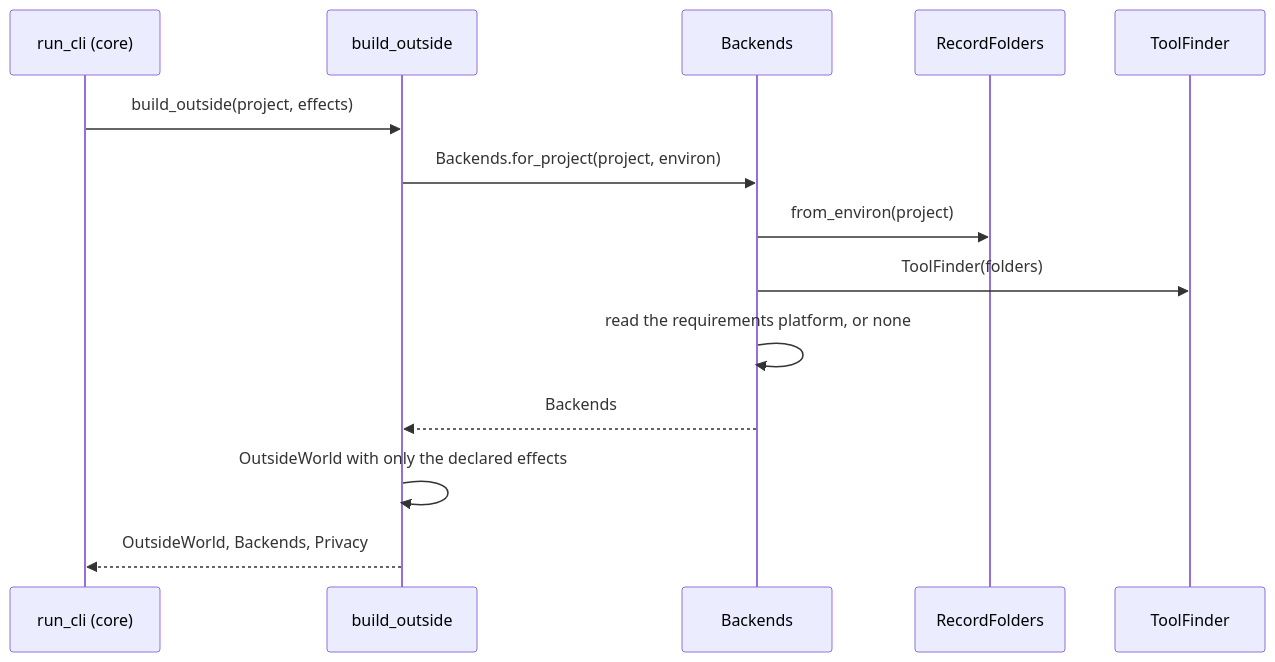
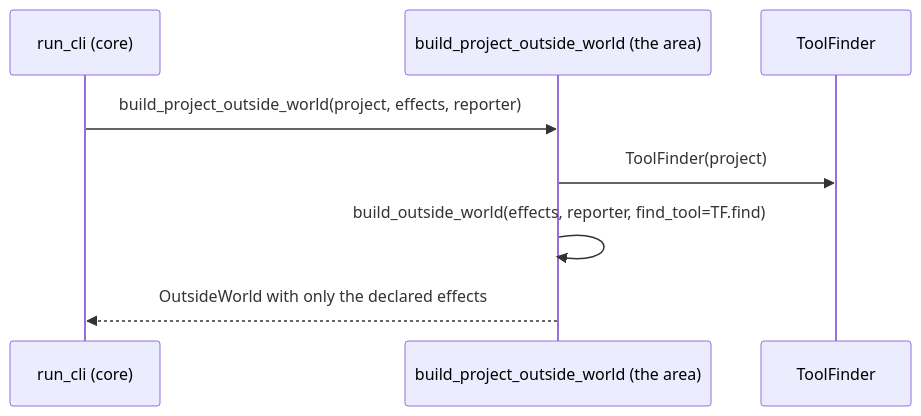
Before and after one commit to xmejkal/spark: the second of 2 diagrams in docs/discovery/2026-10-19-p323-target-architecture/architecture/areas/records.md, drawn with Mermaid. The commit also changed other lines of this file and 46 other files, not shown here.

````diff
--- a/docs/discovery/2026-10-19-p323-target-architecture/architecture/areas/records.md
+++ b/docs/discovery/2026-10-19-p323-target-architecture/architecture/areas/records.md
@@ -127,16 +114,10 @@
 ```mermaid
 sequenceDiagram
   participant RC as run_cli (core)
-  participant BO as build_outside
-  participant BK as Backends
-  participant RF as RecordFolders
+  participant BO as build_project_outside_world (the area)
   participant TF as ToolFinder
-  RC->>BO: build_outside(project, effects)
-  BO->>BK: Backends.for_project(project, environ)
-  BK->>RF: from_environ(project)
-  BK->>TF: ToolFinder(folders)
-  BK->>BK: read the requirements platform, or none
-  BK-->>BO: Backends
-  BO->>BO: OutsideWorld with only the declared effects
-  BO-->>RC: OutsideWorld, Backends, Privacy
+  RC->>BO: build_project_outside_world(project, effects, reporter)
+  BO->>TF: ToolFinder(project)
+  BO->>BO: build_outside_world(effects, reporter, find_tool=TF.find)
+  BO-->>RC: OutsideWorld with only the declared effects
 ```
````
